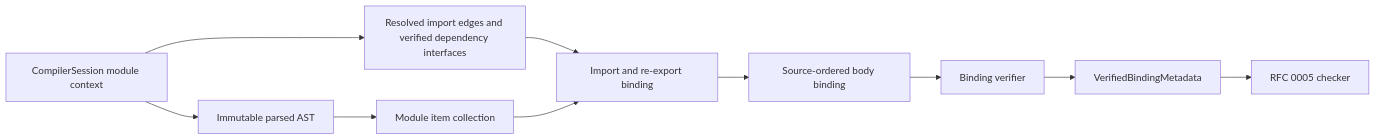
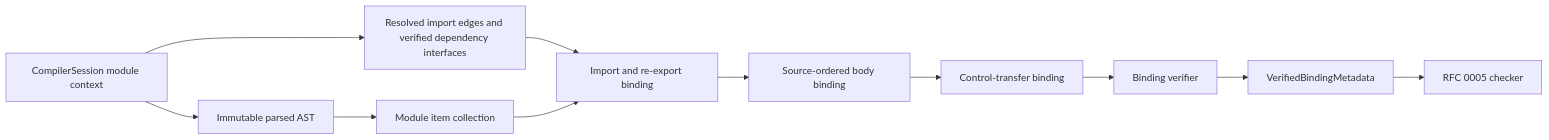
One commit to Zzzode/ZOM changed the diagram in docs/rfc/0004-binder-architecture.md. Above: the diagram before and after it, drawn with Mermaid. The commit also changed other lines of this file and 1 other file, not shown here.

Commit message:
docs(rfc): record unlabeled control transfers

````diff
--- a/docs/rfc/0004-binder-architecture.md
+++ b/docs/rfc/0004-binder-architecture.md
@@ -196,12 +196,13 @@
 ```mermaid
 flowchart LR
   S[CompilerSession module context] --> A[Immutable parsed AST]
   S --> I[Resolved import edges and verified dependency interfaces]
   A --> C[Module item collection]
   I --> R[Import and re-export binding]
   C --> R
   R --> B[Source-ordered body binding]
-  B --> V[Binding verifier]
+  B --> X[Control-transfer binding]
+  X --> V[Binding verifier]
   V --> M[VerifiedBindingMetadata]
   M --> T[RFC 0005 checker]
 ```
````
